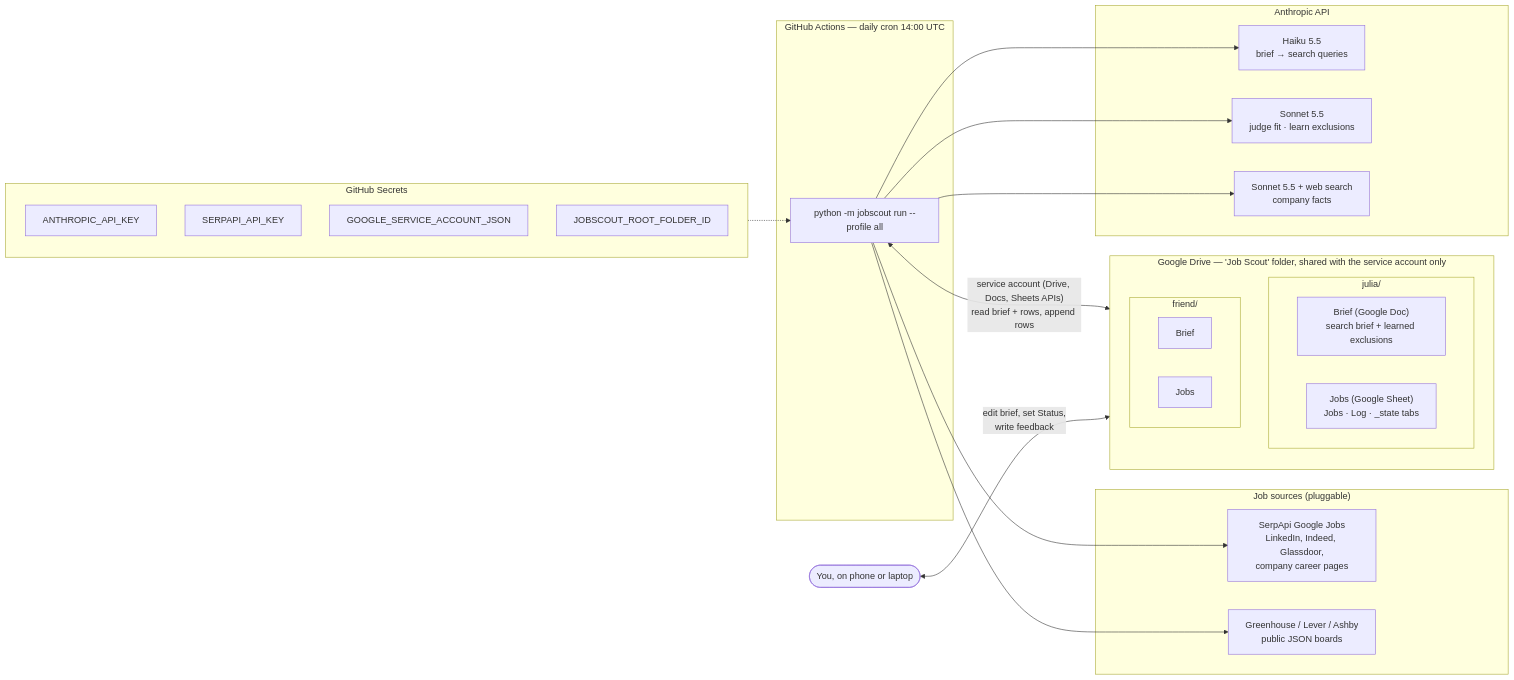
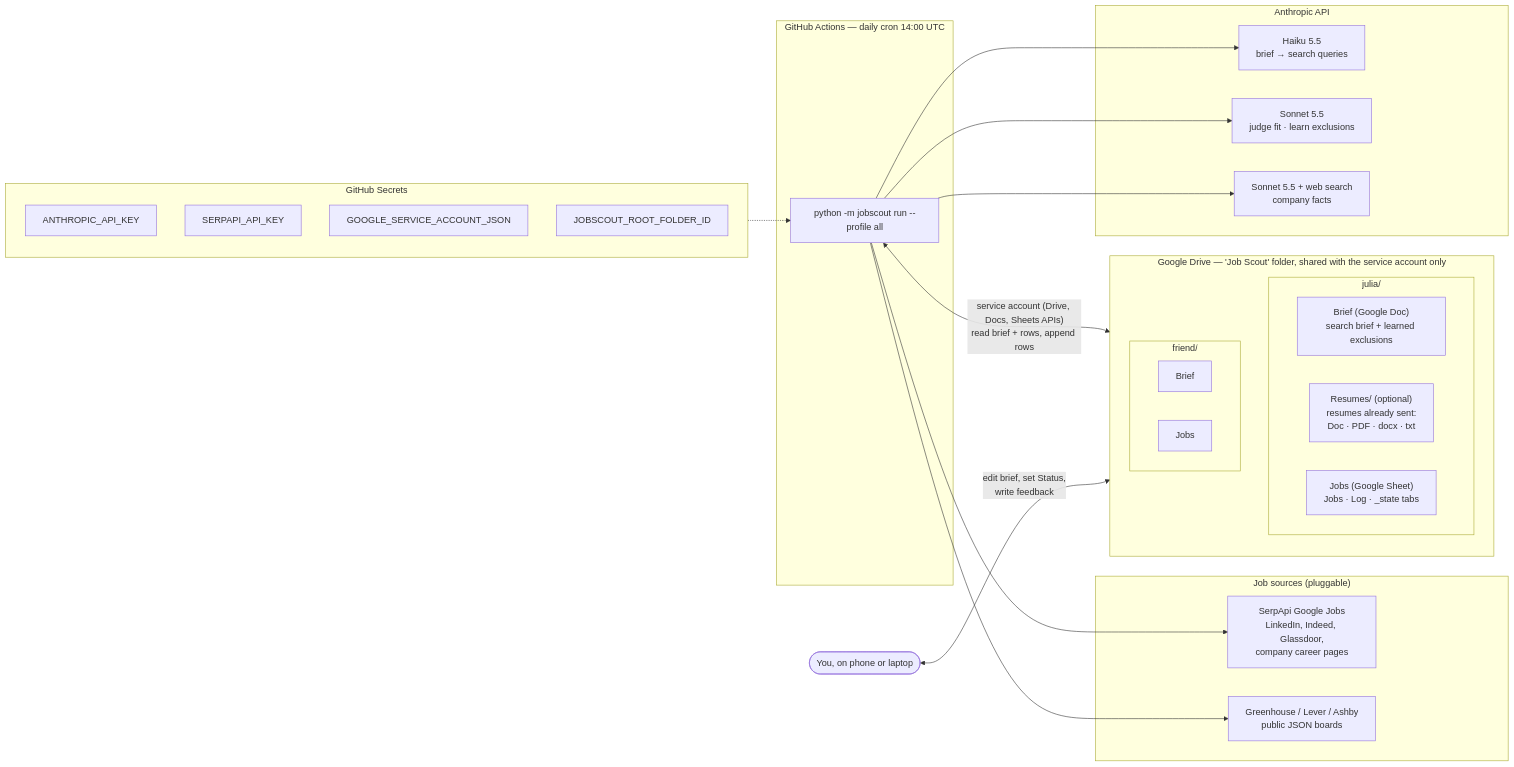
Before and after one commit to juliavasan/job-scout: the first of 5 diagrams in docs/ARCHITECTURE.md, drawn with Mermaid. The commit also changed other lines of this file and 8 other files, not shown here.

````diff
--- a/docs/ARCHITECTURE.md
+++ b/docs/ARCHITECTURE.md
@@ -9,46 +9,47 @@
 ```mermaid
 flowchart LR
     subgraph GH["GitHub Actions — daily cron 14:00 UTC"]
         CLI["python -m jobscout run --profile all"]
     end
 
     subgraph SECRETS["GitHub Secrets"]
         direction TB
         S1["ANTHROPIC_API_KEY"]
         S2["SERPAPI_API_KEY"]
         S3["GOOGLE_SERVICE_ACCOUNT_JSON"]
         S4["JOBSCOUT_ROOT_FOLDER_ID"]
     end
 
     subgraph DRIVE["Google Drive — 'Job Scout' folder, shared with the service account only"]
         direction TB
         subgraph P1["julia/"]
             B1["Brief (Google Doc)<br/>search brief + learned exclusions"]
+            R1["Resumes/ (optional)<br/>resumes already sent:<br/>Doc · PDF · docx · txt"]
             J1["Jobs (Google Sheet)<br/>Jobs · Log · _state tabs"]
         end
         subgraph P2["friend/"]
             B2["Brief"]
             J2["Jobs"]
         end
     end
 
     subgraph SOURCES["Job sources (pluggable)"]
         SERP["SerpApi Google Jobs<br/>LinkedIn, Indeed, Glassdoor,<br/>company career pages"]
         ATS["Greenhouse / Lever / Ashby<br/>public JSON boards"]
     end
 
     subgraph CLAUDE["Anthropic API"]
         HAIKU["Haiku 5.5<br/>brief → search queries"]
         SONNET["Sonnet 5.5<br/>judge fit · learn exclusions"]
         WEB["Sonnet 5.5 + web search<br/>company facts"]
     end
 
     SECRETS -.-> CLI
     CLI <-->|"service account (Drive, Docs, Sheets APIs)<br/>read brief + rows, append rows"| DRIVE
     CLI --> HAIKU
     CLI --> SERP
     CLI --> ATS
     CLI --> SONNET
     CLI --> WEB
     USER(["You, on phone or laptop"]) <-->|"edit brief, set Status,<br/>write feedback"| DRIVE
 ```
````
